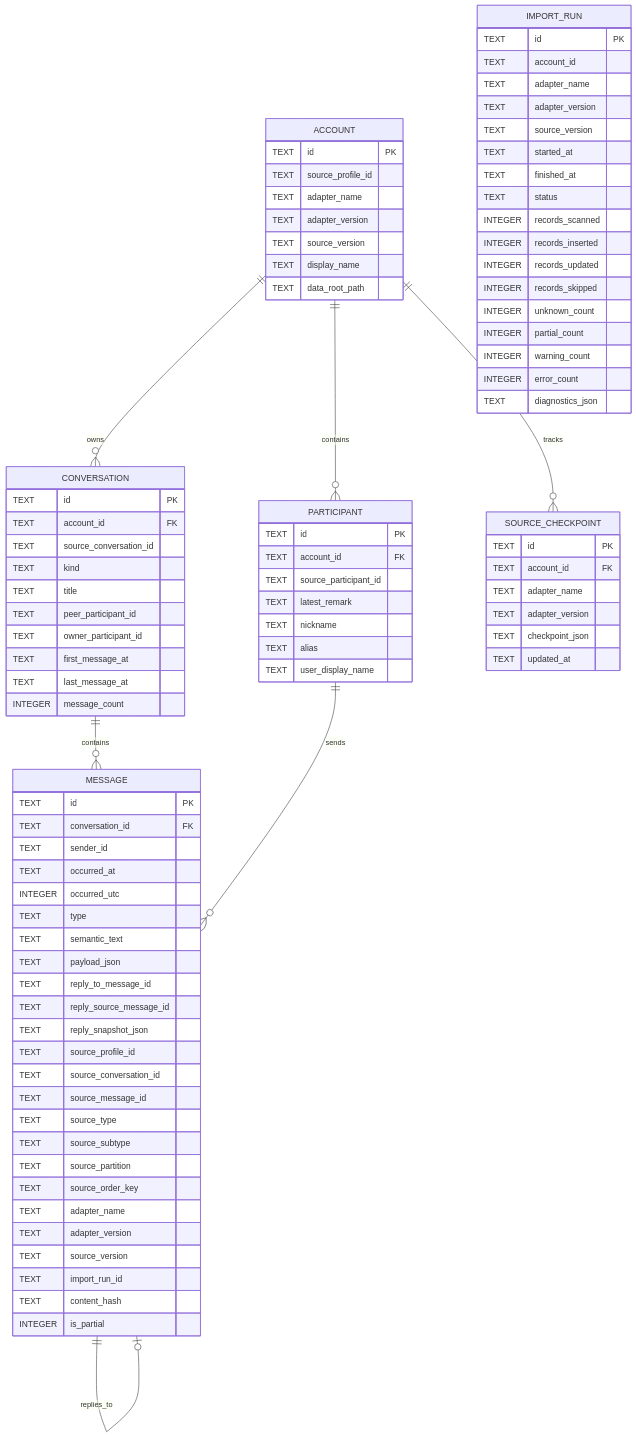
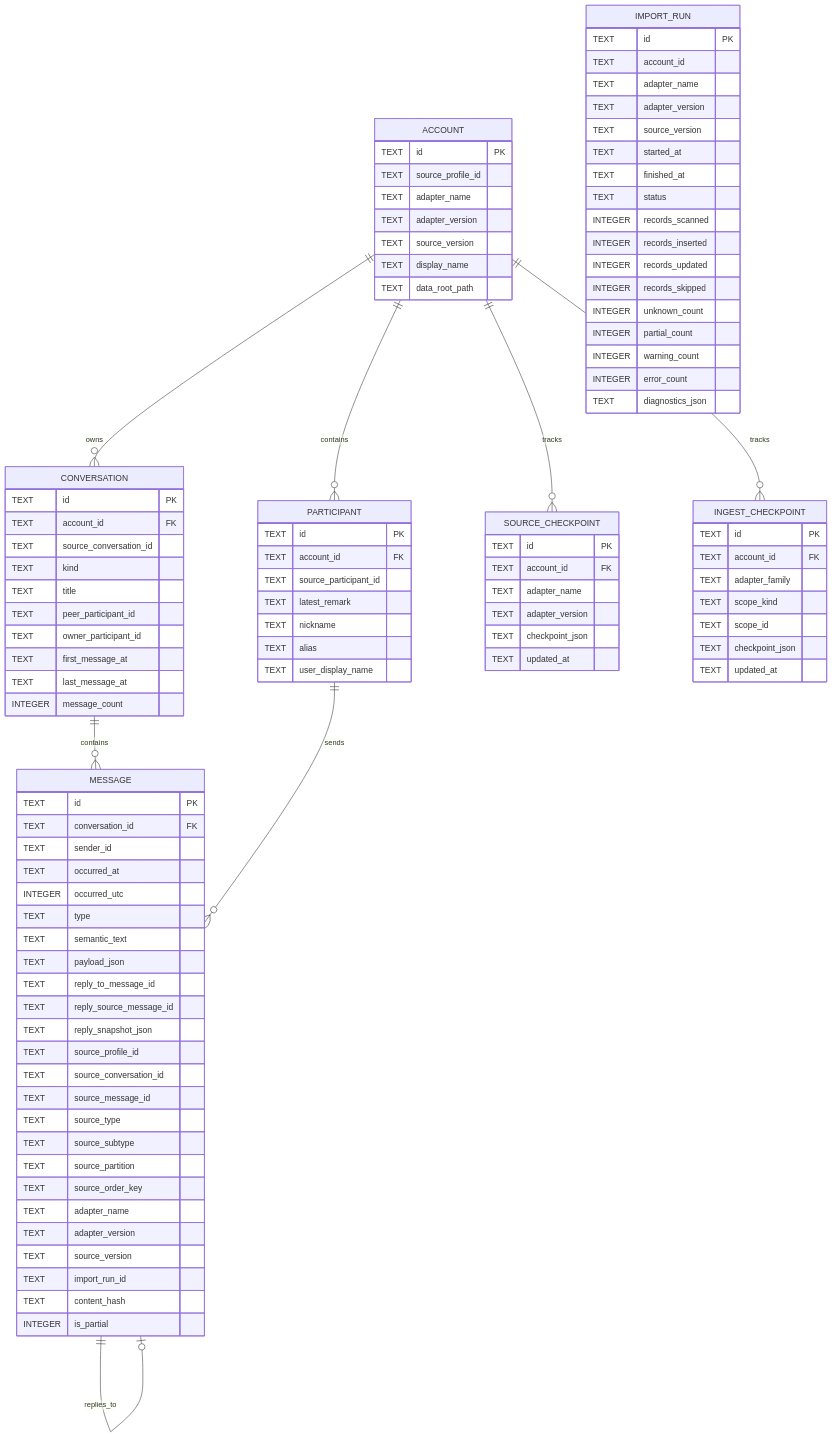
Before and after one commit to lybym/WeArchive: the diagram in docs/DATA_MODEL.md, drawn with Mermaid. The commit also changed other lines of this file and 24 other files, not shown here.

````diff
--- a/docs/DATA_MODEL.md
+++ b/docs/DATA_MODEL.md
@@ -32,6 +32,7 @@
     MESSAGE ||--o| MESSAGE : replies_to
     ACCOUNT ||--o{ PARTICIPANT : contains
     ACCOUNT ||--o{ SOURCE_CHECKPOINT : tracks
+    ACCOUNT ||--o{ INGEST_CHECKPOINT : tracks
 
     ACCOUNT {
         TEXT id PK
@@ -121,4 +122,14 @@
         TEXT checkpoint_json
         TEXT updated_at
     }
+
+    INGEST_CHECKPOINT {
+        TEXT id PK
+        TEXT account_id FK
+        TEXT adapter_family
+        TEXT scope_kind
+        TEXT scope_id
+        TEXT checkpoint_json
+        TEXT updated_at
+    }
 ```
````
